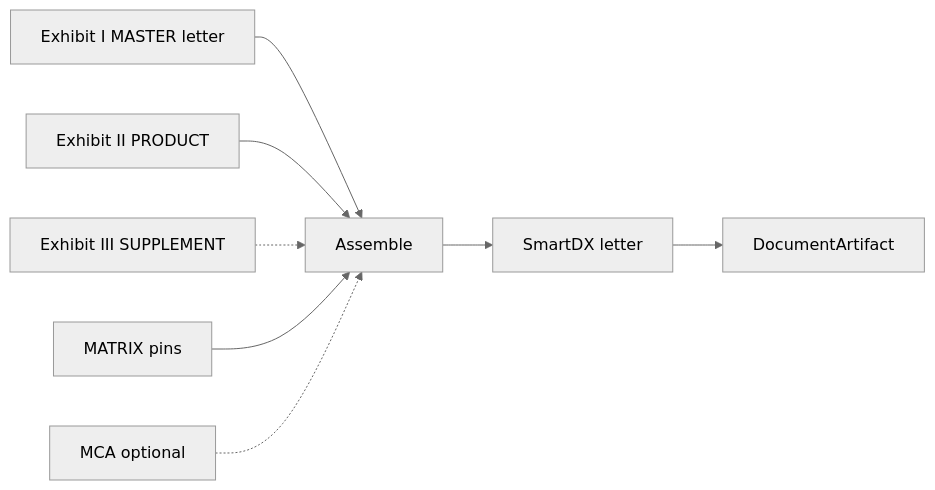
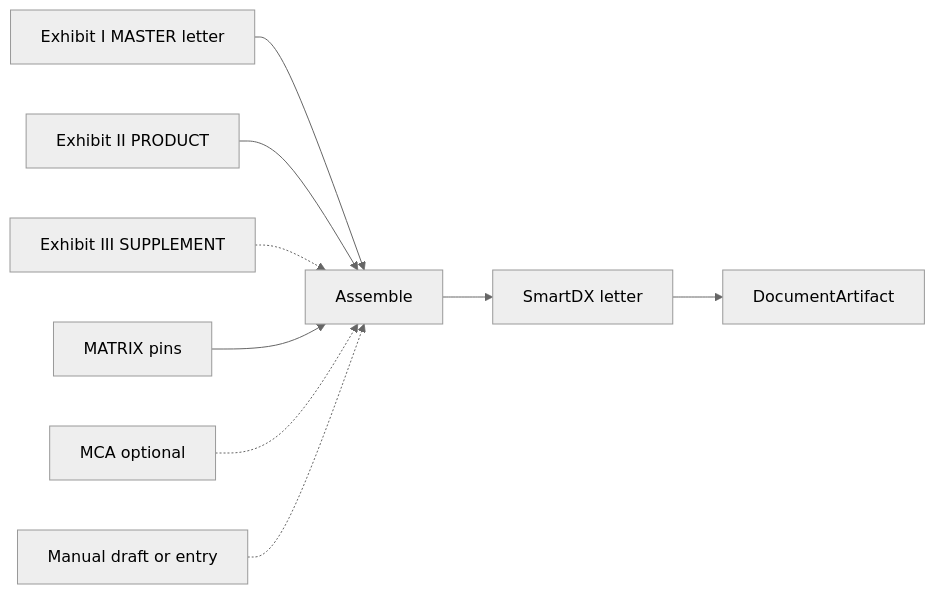
Before and after one commit to dae-nan/con4m8ions: the second of 17 diagrams in docs/prd-cdu-ps-v1.md, drawn with Mermaid (neutral theme). The commit also changed other lines of this file and 5 other files, not shown here.

First line of the commit message:
PRD v1.4: explainers out, story-map mermaid, manual draft, audit

````diff
--- a/docs/prd-cdu-ps-v1.md
+++ b/docs/prd-cdu-ps-v1.md
@@ -180,10 +149,11 @@
 ```mermaid
 flowchart LR
   I[Exhibit I MASTER letter] --> COMP[Assemble]
   II[Exhibit II PRODUCT] --> COMP
   III[Exhibit III SUPPLEMENT] -.-> COMP
   MX[MATRIX pins] --> COMP
   MCA[MCA optional] -.-> COMP
+  MAN[Manual draft or entry] -.-> COMP
   COMP --> SDX[SmartDX letter]
   SDX --> DOC[DocumentArtifact]
 ```
````
